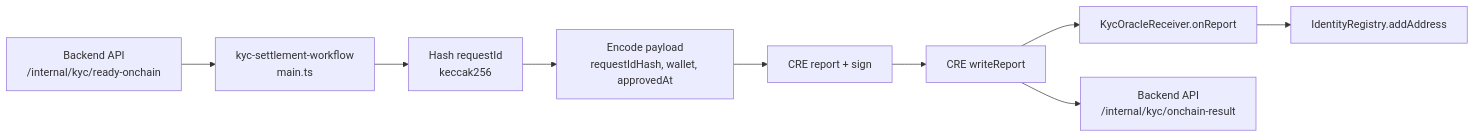
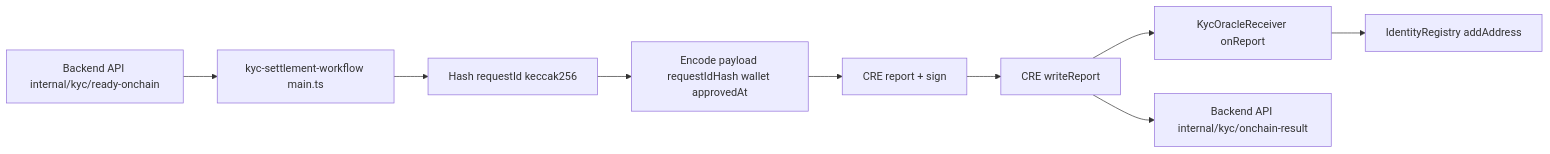
The diagram in oracle-CRE-Integrations/kyc-settlement-workflow/WORKFLOW_OVERVIEW.md (nour608/Zawyafi), drawn with Mermaid before and after one commit. The commit also changed 3 other files, not shown here.

Commit message:
docs: Refine workflow diagrams to use simplified Mermaid graph syntax and overhaul the main README with a detailed project overview.

````diff
--- a/oracle-CRE-Integrations/kyc-settlement-workflow/WORKFLOW_OVERVIEW.md
+++ b/oracle-CRE-Integrations/kyc-settlement-workflow/WORKFLOW_OVERVIEW.md
@@ -7,11 +7,11 @@
 ```mermaid
-flowchart LR
-  A["Backend API<br/>/internal/kyc/ready-onchain"] --> B["kyc-settlement-workflow<br/>main.ts"]
-  B --> C["Hash requestId<br/>keccak256"]
-  C --> D["Encode payload<br/>requestIdHash, wallet, approvedAt"]
-  D --> E["CRE report + sign"]
-  E --> F["CRE writeReport"]
-  F --> G["KycOracleReceiver.onReport"]
-  G --> H["IdentityRegistry.addAddress"]
-  F --> I["Backend API<br/>/internal/kyc/onchain-result"]
+graph LR
+  A[Backend API internal/kyc/ready-onchain] --> B[kyc-settlement-workflow main.ts]
+  B --> C[Hash requestId keccak256]
+  C --> D[Encode payload requestIdHash wallet approvedAt]
+  D --> E[CRE report + sign]
+  E --> F[CRE writeReport]
+  F --> G[KycOracleReceiver onReport]
+  G --> H[IdentityRegistry addAddress]
+  F --> I[Backend API internal/kyc/onchain-result]
 ```
````
